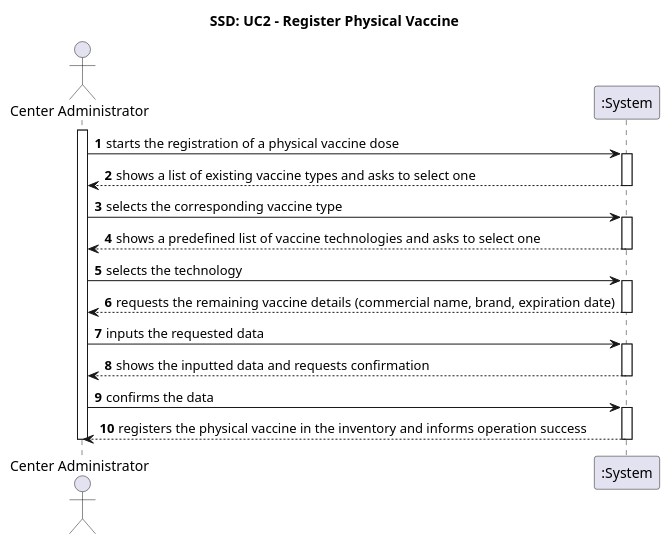
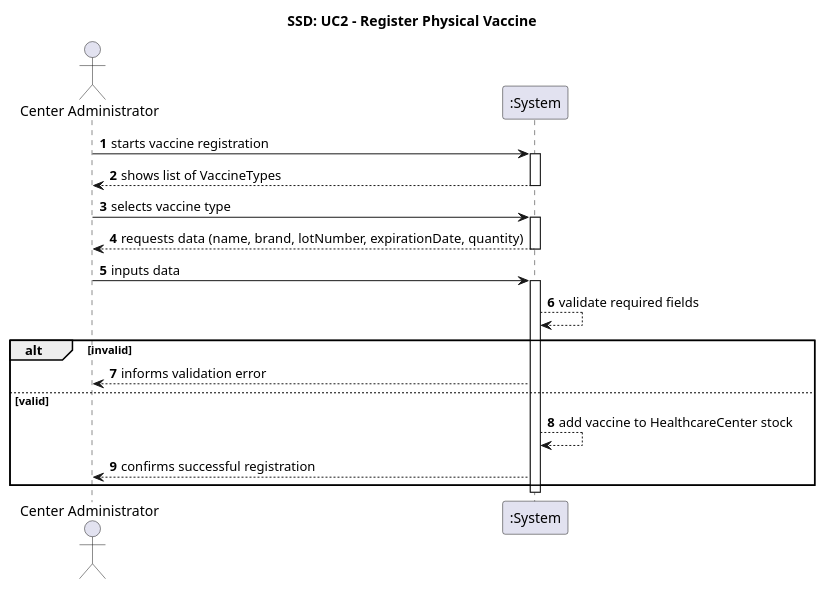
Before and after one commit to Andre-1240567/fsoft2026_1DD_1: the diagram in Documentation/Use Cases/puml/UC2.puml, drawn with PlantUML. The commit also changed 4 other files, not shown here.

```diff
--- a/Documentation/Use Cases/puml/UC2.puml
+++ b/Documentation/Use Cases/puml/UC2.puml
@@ -1,36 +1,34 @@
 @startuml SSD_RegisterVaccine
 title SSD: UC2 - Register Physical Vaccine
 
 actor "Center Administrator" as Admin
 participant ":System" as System
 
 autonumber
+Admin -> System: starts vaccine registration
+activate System
 
-activate Admin
-Admin -> System: starts the registration of a physical vaccine dose
-activate System
-System --> Admin: shows a list of existing vaccine types and asks to select one
+System --> Admin: shows list of VaccineTypes
 deactivate System
 
-Admin -> System: selects the corresponding vaccine type
+Admin -> System: selects vaccine type
 activate System
-System --> Admin: shows a predefined list of vaccine technologies and asks to select one
+
+System --> Admin: requests data (name, brand, lotNumber, expirationDate, quantity)
 deactivate System
 
-Admin -> System: selects the technology
+Admin -> System: inputs data
 activate System
-System --> Admin: requests the remaining vaccine details (commercial name, brand, expiration date)
+
+System --> System: validate required fields
+
+alt invalid
+    System --> Admin: informs validation error
+else valid
+    System --> System: add vaccine to HealthcareCenter stock
+
+    System --> Admin: confirms successful registration
+end
+
 deactivate System
-
-Admin -> System: inputs the requested data
-activate System
-System --> Admin: shows the inputted data and requests confirmation
-deactivate System
-
-Admin -> System: confirms the data
-activate System
-System --> Admin: registers the physical vaccine in the inventory and informs operation success
-deactivate System
-deactivate Admin
-
 @enduml
```
